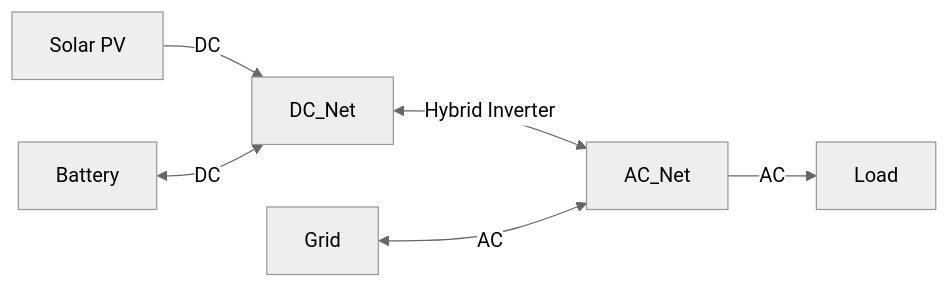
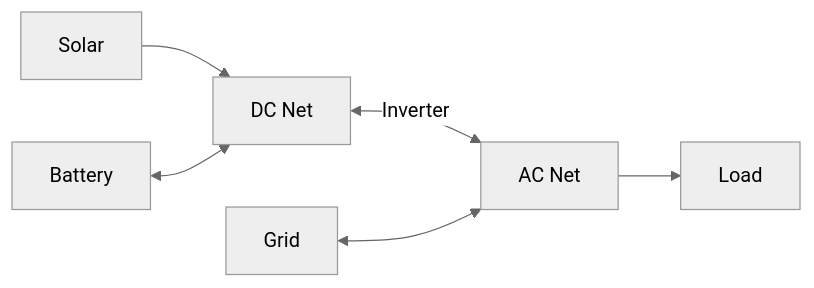
Before and after one commit to hass-energy/haeo: the second of 2 diagrams in docs/modeling/net-entity.md, drawn with Mermaid (neutral theme). The commit also changed other lines of this file and 8 other files, not shown here.

````diff
--- a/docs/modeling/net-entity.md
+++ b/docs/modeling/net-entity.md
@@ -174,8 +57,8 @@
 ```mermaid
 graph LR
-    Solar[Solar PV] -->|DC| DC_Net[DC_Net]
-    Battery[Battery] <-->|DC| DC_Net
-    DC_Net <-->|Hybrid Inverter| AC_Net[AC_Net]
-    Grid[Grid] <-->|AC| AC_Net
-    AC_Net -->|AC| Load[Load]
+    Solar-->DC[DC Net]
+    Battery<-->DC
+    DC<-->|Inverter|AC[AC Net]
+    Grid<-->AC
+    AC-->Load
 ```
````
